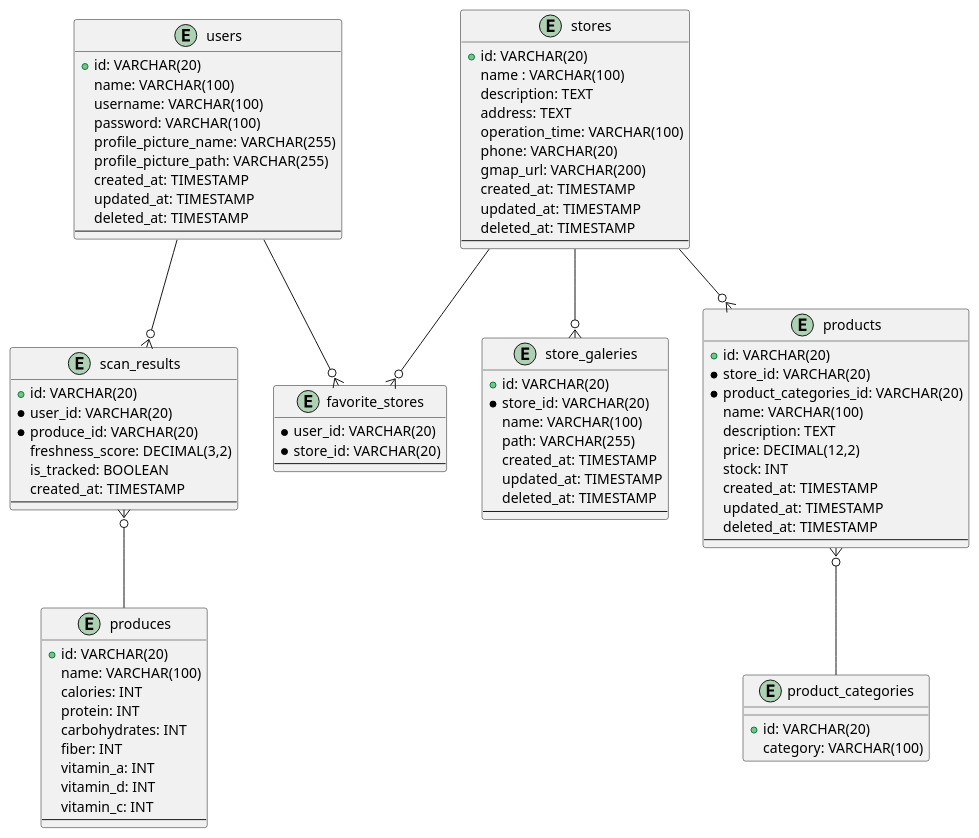
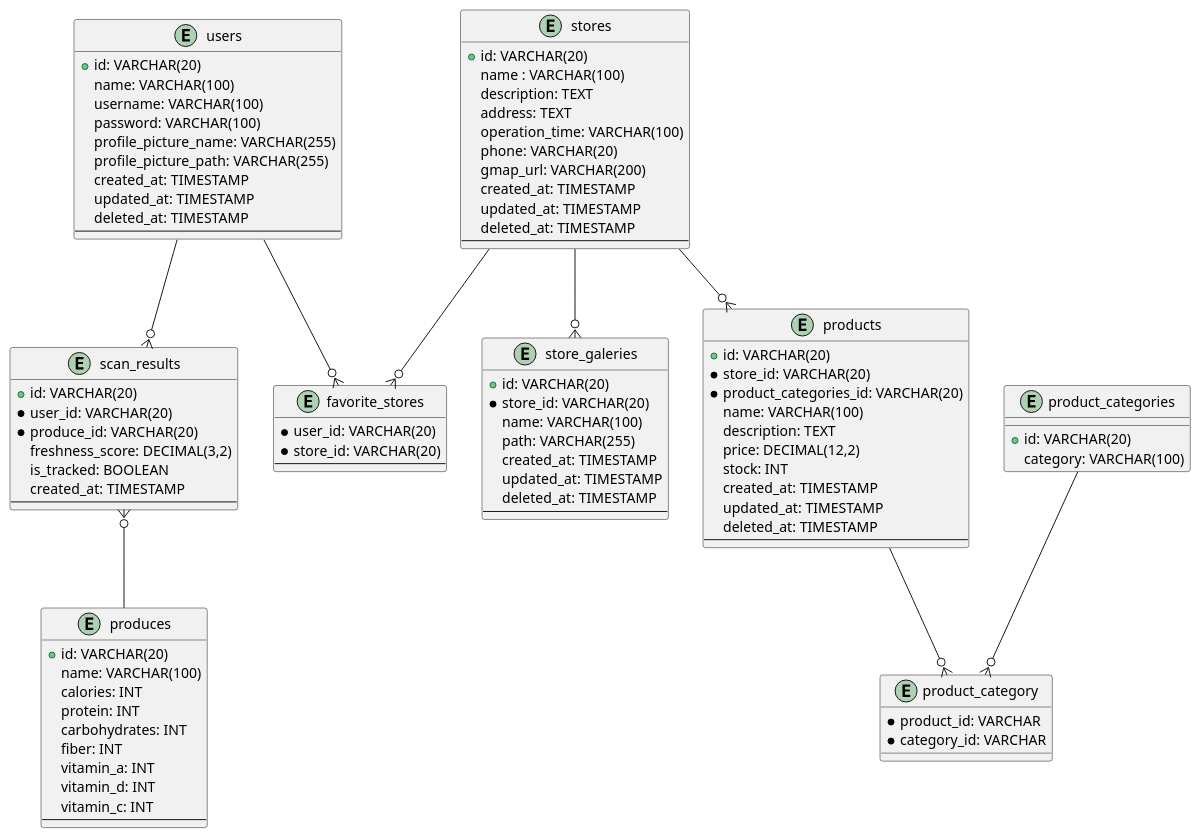
One commit to C242-PS431/fresh-guard-backend changed the diagram in docs/erd/fresh-guard-erd.plantuml. Above: the diagram before and after it, drawn with PlantUML. The commit also changed 1 other file, not shown here.

Commit message:
docs: change erd diagram to 'products' table have many-to-many relation to product_galeries

```diff
--- a/docs/erd/fresh-guard-erd.plantuml
+++ b/docs/erd/fresh-guard-erd.plantuml
@@ -1,97 +1,103 @@
 @startuml fresh-guard-erd
 
 entity users {
     +id: VARCHAR(20)
     name: VARCHAR(100)
     username: VARCHAR(100)
     password: VARCHAR(100)
     profile_picture_name: VARCHAR(255)
     profile_picture_path: VARCHAR(255)
     created_at: TIMESTAMP
     updated_at: TIMESTAMP
     deleted_at: TIMESTAMP
     --
 }
 
 entity scan_results {
     +id: VARCHAR(20)
     *user_id: VARCHAR(20)
     *produce_id: VARCHAR(20)
     freshness_score: DECIMAL(3,2)
     is_tracked: BOOLEAN
     created_at: TIMESTAMP
     --
 }
 
 entity produces {
     +id: VARCHAR(20)
     name: VARCHAR(100)
     calories: INT
     protein: INT
     carbohydrates: INT 
     fiber: INT
     vitamin_a: INT
     vitamin_d: INT
     vitamin_c: INT
     --
 }
 
 entity stores {
     +id: VARCHAR(20)
     name : VARCHAR(100)
     description: TEXT
     address: TEXT
     operation_time: VARCHAR(100)
     phone: VARCHAR(20)
     gmap_url: VARCHAR(200)
     created_at: TIMESTAMP
     updated_at: TIMESTAMP
     deleted_at: TIMESTAMP
     --
 }
 
 entity store_galeries {
     +id: VARCHAR(20)
     *store_id: VARCHAR(20)
     name: VARCHAR(100)
     path: VARCHAR(255)
     created_at: TIMESTAMP
     updated_at: TIMESTAMP
     deleted_at: TIMESTAMP
     --
 }
 
 entity favorite_stores {
     *user_id: VARCHAR(20)
     *store_id: VARCHAR(20)
     --
 }
 
 entity products {
     +id: VARCHAR(20)
     *store_id: VARCHAR(20)
     *product_categories_id: VARCHAR(20)
     name: VARCHAR(100)
     description: TEXT
     price: DECIMAL(12,2)
     stock: INT
     created_at: TIMESTAMP
     updated_at: TIMESTAMP
     deleted_at: TIMESTAMP
     ---
 }
 
+entity product_category {
+    *product_id: VARCHAR
+    *category_id: VARCHAR
+}
+
 entity product_categories {
     +id: VARCHAR(20)
     category: VARCHAR(100)
 }
 
 ' Relations
 users --o{ scan_results
 scan_results }o-- produces
 users --o{ favorite_stores
 stores --o{ favorite_stores
 stores --o{ products
-products }o-- product_categories
+products --o{ product_category
+product_categories --o{ product_category
 stores --o{ store_galeries
 @enduml
```
